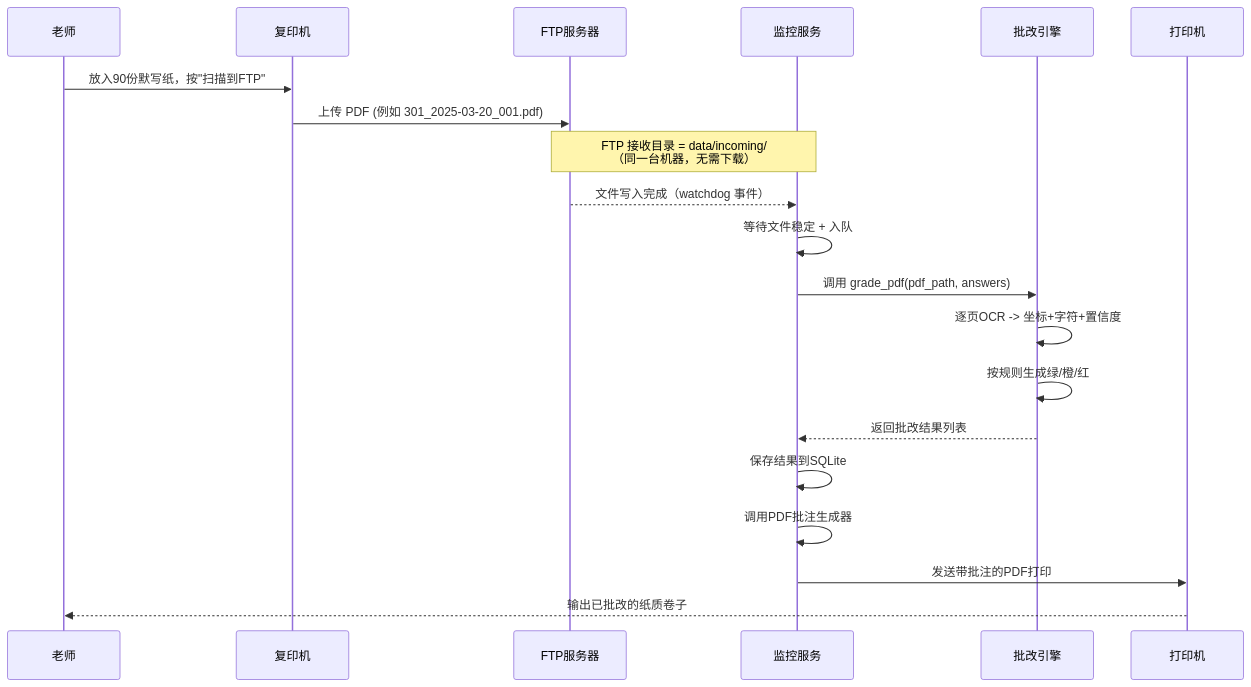
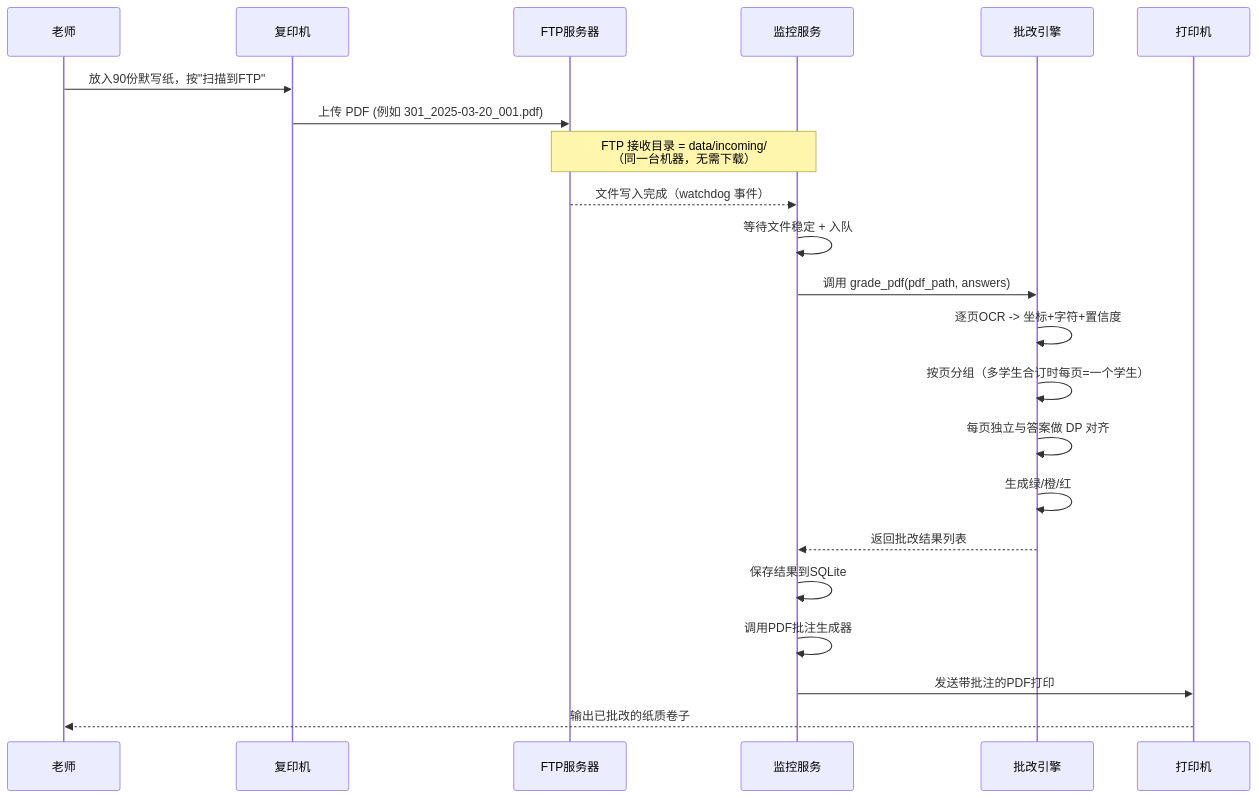
The second of 2 diagrams in 架构设计.md (xfyang728/correction), drawn with Mermaid before and after one commit. The commit also changed other lines of this file and 2 other files, not shown here.

````diff
--- a/架构设计.md
+++ b/架构设计.md
@@ -61,23 +61,25 @@
 ```mermaid
 sequenceDiagram
     participant 老师
     participant 复印机
     participant FTP服务器
     participant 监控服务
     participant 批改引擎
     participant 打印机
 
     老师->>复印机: 放入90份默写纸，按"扫描到FTP"
     复印机->>FTP服务器: 上传 PDF (例如 301_2025-03-20_001.pdf)
     Note over FTP服务器,监控服务: FTP 接收目录 = data/incoming/<br>（同一台机器，无需下载）
     FTP服务器-->>监控服务: 文件写入完成（watchdog 事件）
     监控服务->>监控服务: 等待文件稳定 + 入队
     监控服务->>批改引擎: 调用 grade_pdf(pdf_path, answers)
     批改引擎->>批改引擎: 逐页OCR -> 坐标+字符+置信度
-    批改引擎->>批改引擎: 按规则生成绿/橙/红
+    批改引擎->>批改引擎: 按页分组（多学生合订时每页=一个学生）
+    批改引擎->>批改引擎: 每页独立与答案做 DP 对齐
+    批改引擎->>批改引擎: 生成绿/橙/红
     批改引擎-->>监控服务: 返回批改结果列表
     监控服务->>监控服务: 保存结果到SQLite
     监控服务->>监控服务: 调用PDF批注生成器
     监控服务->>打印机: 发送带批注的PDF打印
     打印机-->>老师: 输出已批改的纸质卷子
 ```
````
